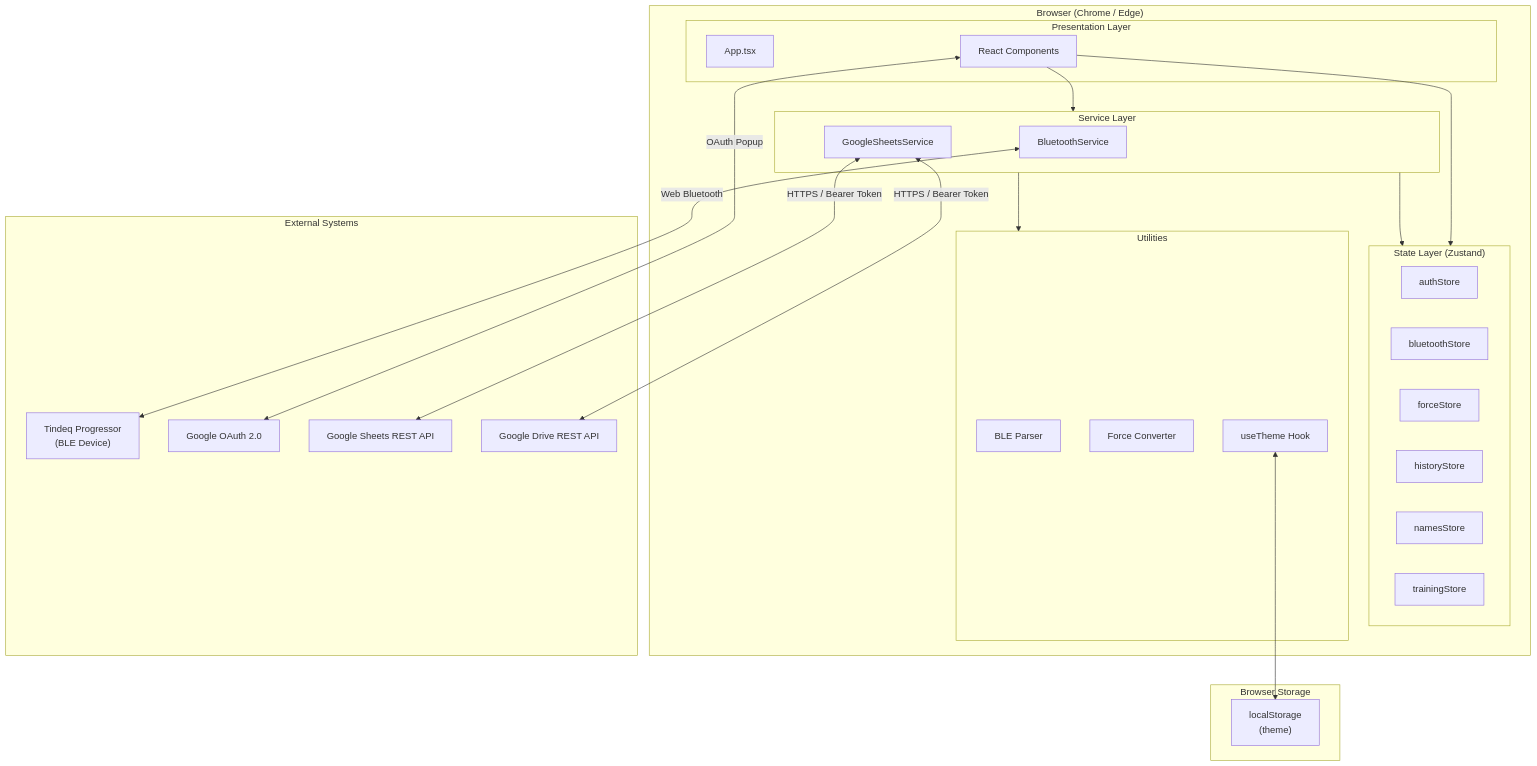
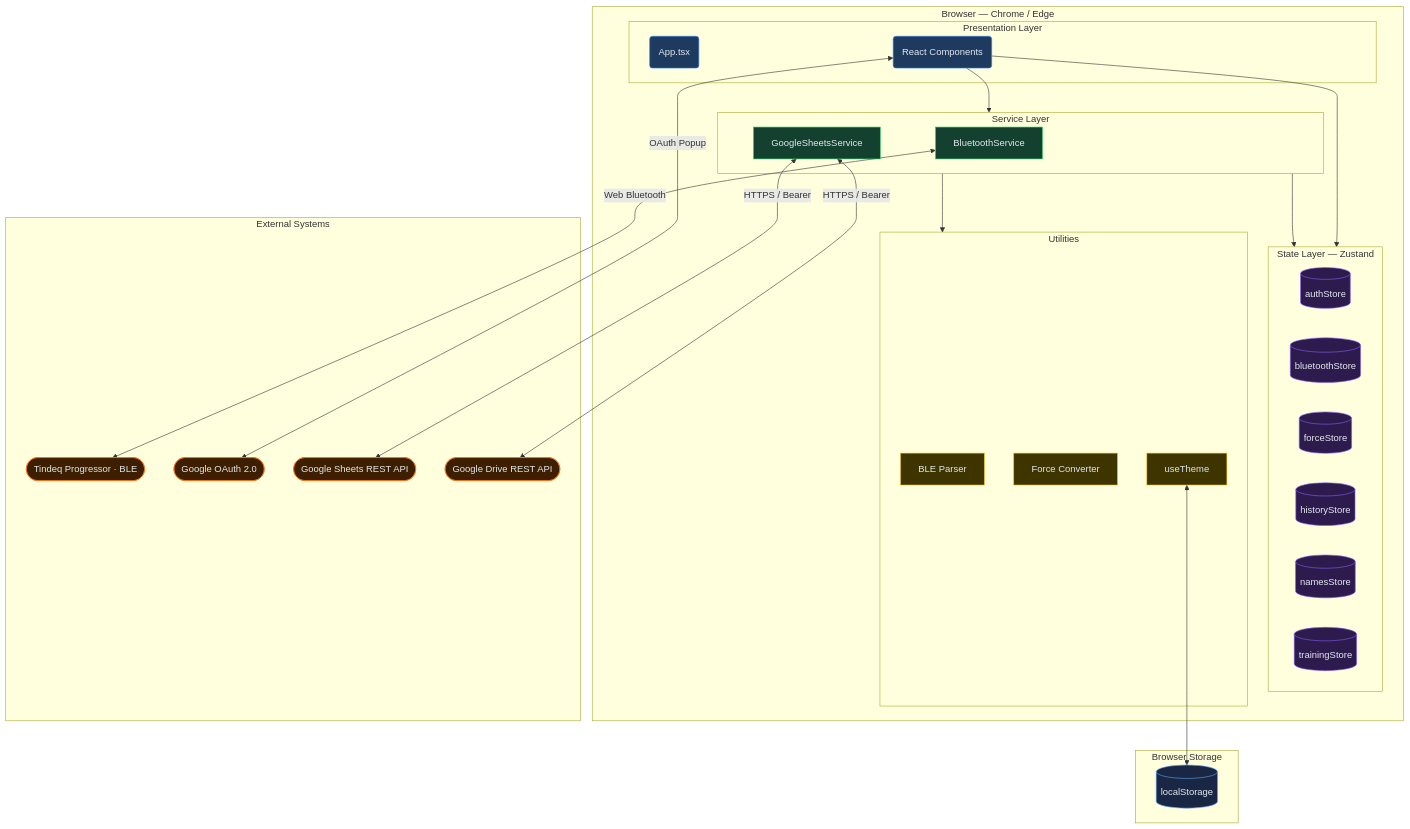
The first of 23 diagrams in ARCHITECTURE.md (DerekLieww/Force-Recorder), drawn with Mermaid before and after one commit. The commit also changed other lines of this file and 9 other files, not shown here.

````diff
--- a/ARCHITECTURE.md
+++ b/ARCHITECTURE.md
@@ -80,50 +80,64 @@
 ```mermaid
 graph TB
-    subgraph Browser["Browser (Chrome / Edge)"]
+    subgraph Browser["Browser — Chrome / Edge"]
         subgraph UI["Presentation Layer"]
-            App["App.tsx"]
-            Components["React Components"]
+            App("App.tsx")
+            Components("React Components")
         end
 
-        subgraph State["State Layer (Zustand)"]
-            AuthStore["authStore"]
-            BTStore["bluetoothStore"]
-            ForceStore["forceStore"]
-            HistoryStore["historyStore"]
-            NamesStore["namesStore"]
-            TrainingStore["trainingStore"]
+        subgraph State["State Layer — Zustand"]
+            AuthStore[("authStore")]
+            BTStore[("bluetoothStore")]
+            ForceStore[("forceStore")]
+            HistoryStore[("historyStore")]
+            NamesStore[("namesStore")]
+            TrainingStore[("trainingStore")]
         end
 
         subgraph Services["Service Layer"]
             BTService["BluetoothService"]
             SheetsService["GoogleSheetsService"]
         end
 
         subgraph Utils["Utilities"]
             Parser["BLE Parser"]
             Converter["Force Converter"]
-            Theme["useTheme Hook"]
+            Theme["useTheme"]
         end
     end
 
     subgraph External["External Systems"]
-        Progressor["Tindeq Progressor<br/>(BLE Device)"]
-        GoogleAuth["Google OAuth 2.0"]
-        GoogleSheets["Google Sheets REST API"]
-        GoogleDrive["Google Drive REST API"]
+        Progressor(["Tindeq Progressor · BLE"])
+        GoogleAuth(["Google OAuth 2.0"])
+        GoogleSheets(["Google Sheets REST API"])
+        GoogleDrive(["Google Drive REST API"])
     end
 
     subgraph Storage["Browser Storage"]
-        LocalStorage["localStorage<br/>(theme)"]
+        LocalStorage[("localStorage")]
     end
 
     Components --> State
     Components --> Services
     Services --> State
     Services --> Utils
     BTService <-->|"Web Bluetooth"| Progressor
-    SheetsService <-->|"HTTPS / Bearer Token"| GoogleSheets
-    SheetsService <-->|"HTTPS / Bearer Token"| GoogleDrive
+    SheetsService <-->|"HTTPS / Bearer"| GoogleSheets
+    SheetsService <-->|"HTTPS / Bearer"| GoogleDrive
     Components <-->|"OAuth Popup"| GoogleAuth
     Theme <--> LocalStorage
+
+    classDef component fill:#1e3a5f,stroke:#3b82f6,color:#e2e8f0
+    classDef store fill:#2d1b4e,stroke:#8b5cf6,color:#e2e8f0
+    classDef service fill:#14402f,stroke:#22c55e,color:#e2e8f0
+    classDef external fill:#3d1f00,stroke:#f97316,color:#e2e8f0
+    classDef util fill:#3d3400,stroke:#eab308,color:#e2e8f0
+    classDef storage fill:#1a2744,stroke:#60a5fa,color:#e2e8f0
+
+    class App,Components component
+    class AuthStore,BTStore,ForceStore,HistoryStore,NamesStore,TrainingStore store
+    class BTService,SheetsService service
+    class Progressor,GoogleAuth,GoogleSheets,GoogleDrive external
+    class Parser,Converter,Theme util
+    class LocalStorage storage
 ```
````
